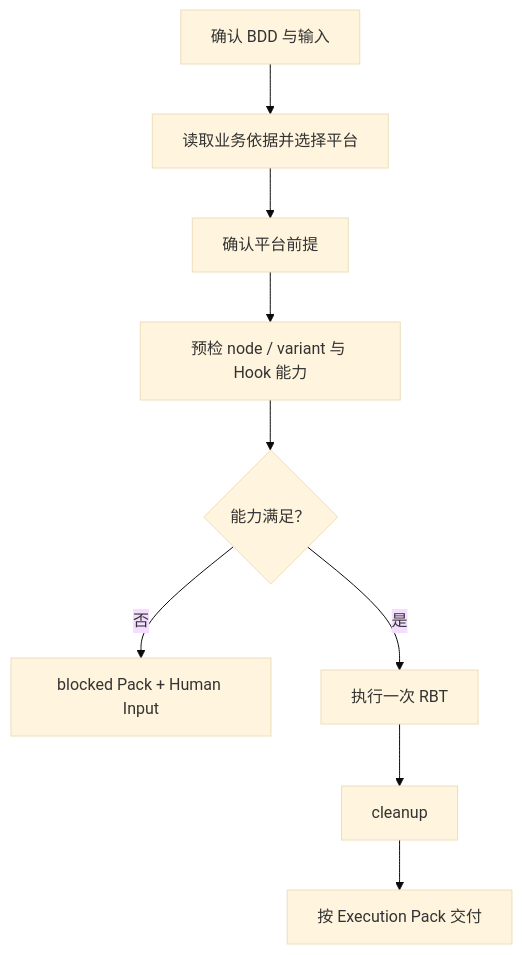
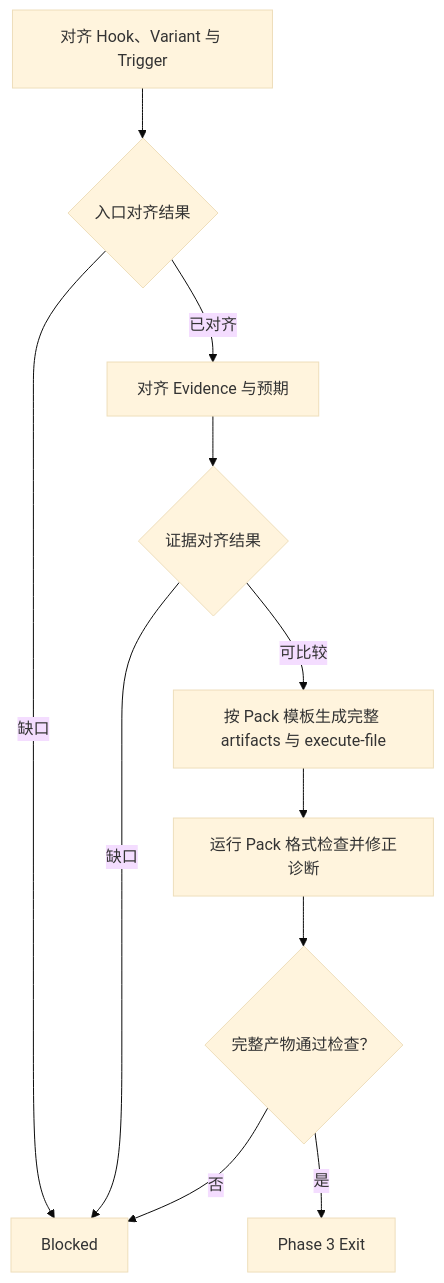
Before and after one commit to daihothot/scout: the third of 7 diagrams in assets/codex/skills/domain-rbt-executor/SKILL.md, drawn with Mermaid (base theme). The commit also changed other lines of this file and 22 other files, not shown here.

First line of the commit message:
refactor(rbt-agent): align execution and review contracts

````diff
--- a/assets/codex/skills/domain-rbt-executor/SKILL.md
+++ b/assets/codex/skills/domain-rbt-executor/SKILL.md
@@ -86,11 +182,13 @@
 ```mermaid
 flowchart TD
-  A["确认 BDD 与输入"] --> B["读取业务依据并选择平台"]
-  B --> C["确认平台前提"]
-  C --> D["预检 node / variant 与 Hook 能力"]
-  D --> E{"能力满足？"}
-  E -- "否" --> H["blocked Pack + Human Input"]
-  E -- "是" --> F["执行一次 RBT"]
-  F --> G["cleanup"]
-  G --> I["按 Execution Pack 交付"]
+  A["对齐 Hook、Variant 与 Trigger"] --> B{"入口对齐结果"}
+  B -- 缺口 --> X["Blocked"]
+  B -- 已对齐 --> C["对齐 Evidence 与预期"]
+  C --> D{"证据对齐结果"}
+  D -- 缺口 --> X
+  D -- 可比较 --> E["按 Pack 模板生成完整 artifacts 与 execute-file"]
+  E --> F["运行 Pack 格式检查并修正诊断"]
+  F --> G{"完整产物通过检查？"}
+  G -- 否 --> X
+  G -- 是 --> H["Phase 3 Exit"]
 ```
````
